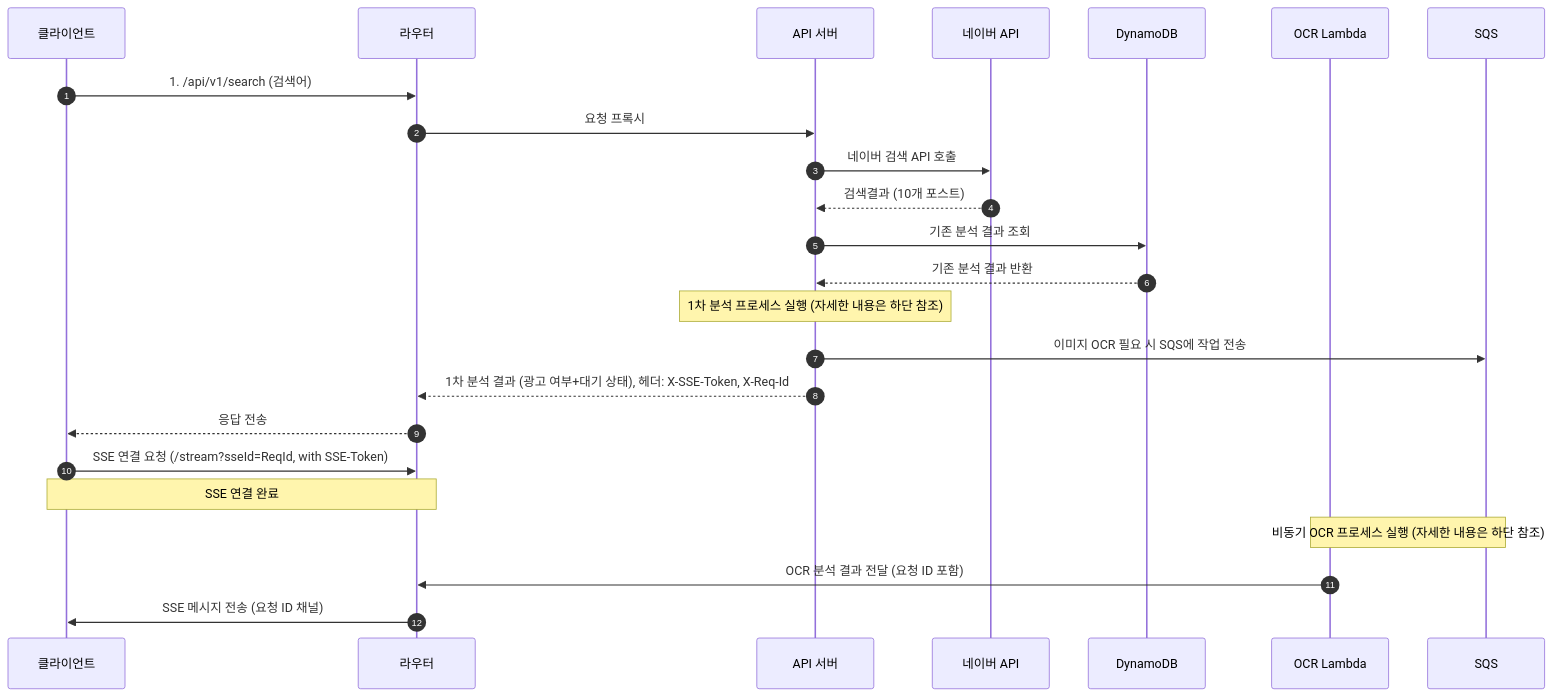
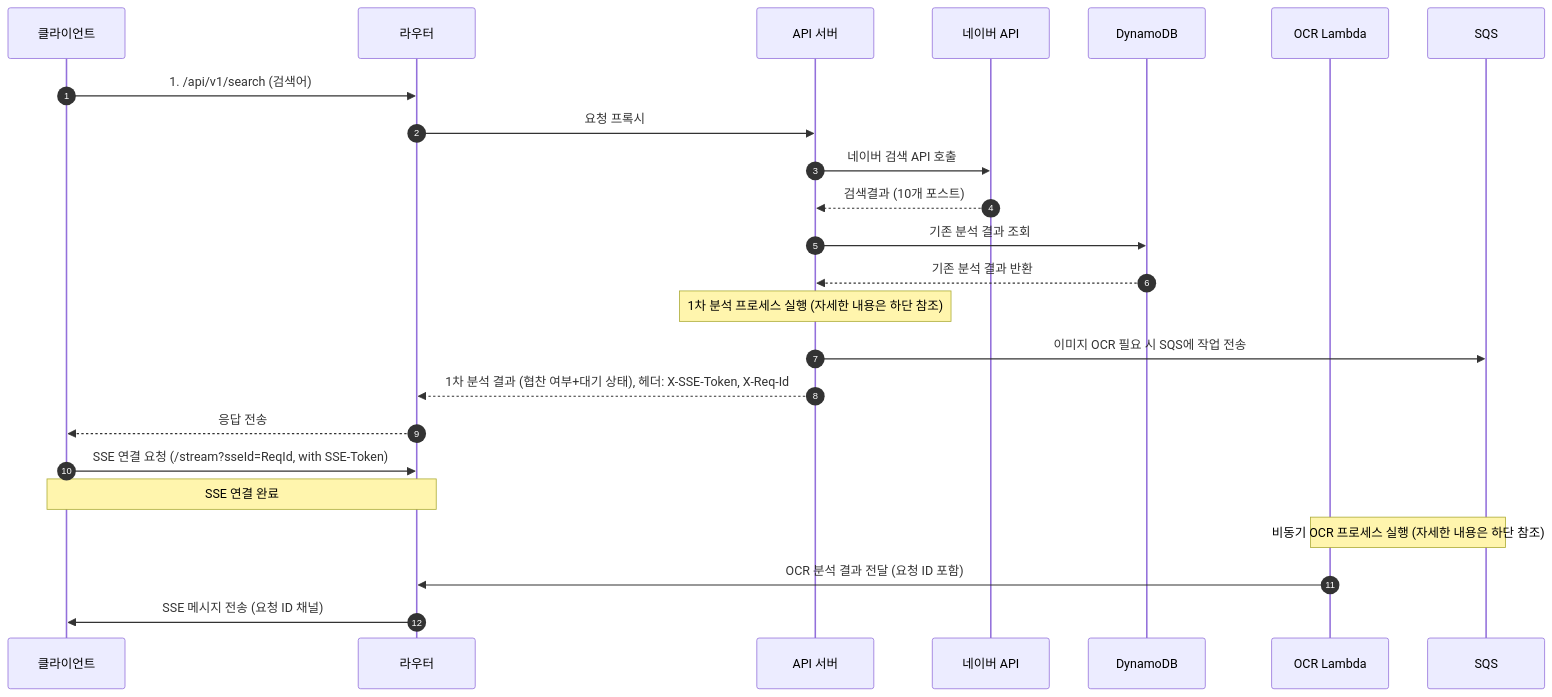
One commit to ndns-dev/.github changed the first of 4 diagrams in profile/README.md. Above: the diagram before and after it, drawn with Mermaid. The commit also changed other lines of this file, not shown here.

````diff
--- a/profile/README.md
+++ b/profile/README.md
@@ -19,32 +19,32 @@
 ```mermaid
 sequenceDiagram
     autonumber
     participant 클라이언트
     participant 라우터
     participant API 서버
     participant 네이버 API
     participant DynamoDB
     participant OCR Lambda
     participant SQS
 
     클라이언트->>라우터: 1. /api/v1/search (검색어)
     라우터->>API 서버: 요청 프록시
     API 서버->>네이버 API: 네이버 검색 API 호출
     네이버 API-->>API 서버: 검색결과 (10개 포스트)
 
     API 서버->>DynamoDB: 기존 분석 결과 조회
     DynamoDB-->>API 서버: 기존 분석 결과 반환
 
     note over API 서버: 1차 분석 프로세스 실행 (자세한 내용은 하단 참조)
     API 서버->>SQS: 이미지 OCR 필요 시 SQS에 작업 전송
 
-    API 서버-->>라우터: 1차 분석 결과 (광고 여부+대기 상태), 헤더: X-SSE-Token, X-Req-Id
+    API 서버-->>라우터: 1차 분석 결과 (협찬 여부+대기 상태), 헤더: X-SSE-Token, X-Req-Id
     라우터-->>클라이언트: 응답 전송
 
     클라이언트->>라우터: SSE 연결 요청 (/stream?sseId=ReqId, with SSE-Token)
     note over 클라이언트, 라우터: SSE 연결 완료
 
     note over SQS, OCR Lambda: 비동기 OCR 프로세스 실행 (자세한 내용은 하단 참조)
     OCR Lambda->>라우터: OCR 분석 결과 전달 (요청 ID 포함)
     라우터->>클라이언트: SSE 메시지 전송 (요청 ID 채널)
 ```
````
